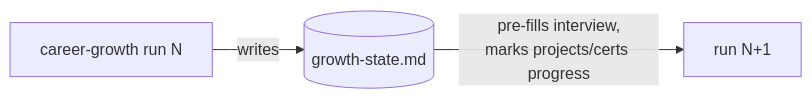
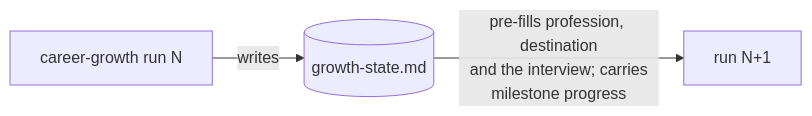
The diagram in plugins/dev-workflows/skills/career-growth/references/growth-state-contract.md (ThodsaphonSonthiphin/workflow-daily-work), drawn with Mermaid before and after one commit. The commit also changed other lines of this file, not shown here.

````diff
--- a/plugins/dev-workflows/skills/career-growth/references/growth-state-contract.md
+++ b/plugins/dev-workflows/skills/career-growth/references/growth-state-contract.md
@@ -7,5 +8,5 @@
 ```mermaid
 flowchart LR
     RUN["career-growth run N"] -->|writes| GS[("growth-state.md")]
-    GS -->|"pre-fills interview,<br/>marks projects/certs progress"| RUNN["run N+1"]
+    GS -->|"pre-fills profession, destination<br/>and the interview; carries<br/>milestone progress"| RUNN["run N+1"]
 ```
````
